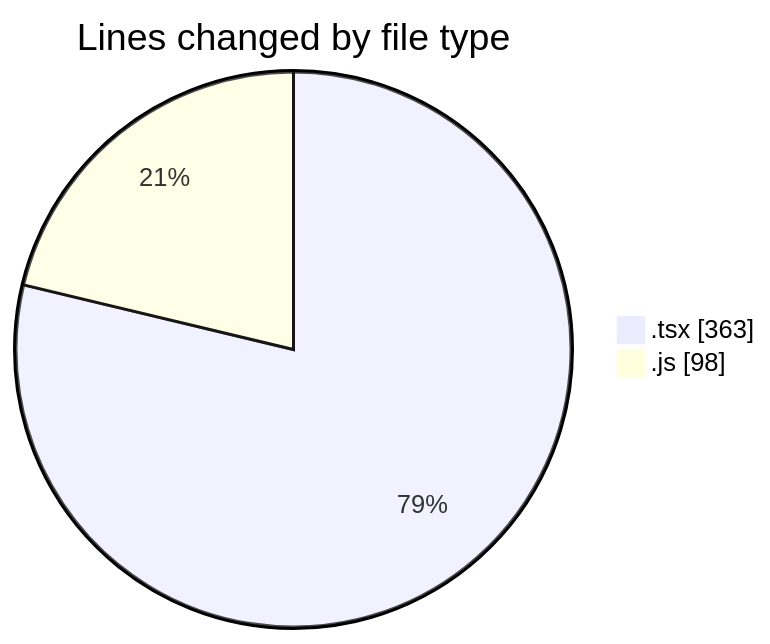
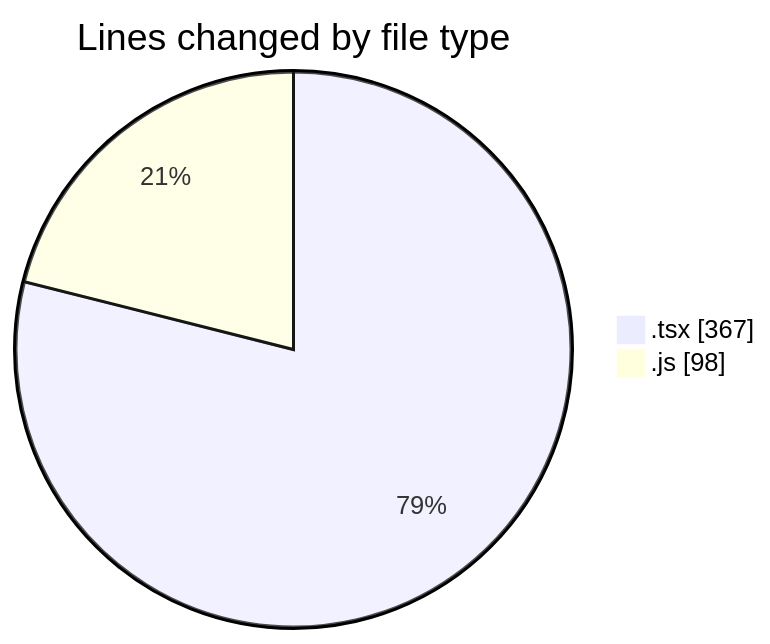
Before and after one commit to momahboobian/code-tracking: the first of 2 diagrams in 2025-03-31/cda/README.md, drawn with Mermaid. The commit also changed other lines of this file and 1 other file, not shown here.

````diff
--- a/2025-03-31/cda/README.md
+++ b/2025-03-31/cda/README.md
@@ -24,6 +24,6 @@
 ```mermaid
 pie showData
 title Lines changed by file type
-".tsx" : 363
+".tsx" : 367
 ".js" : 98
 ```
````
